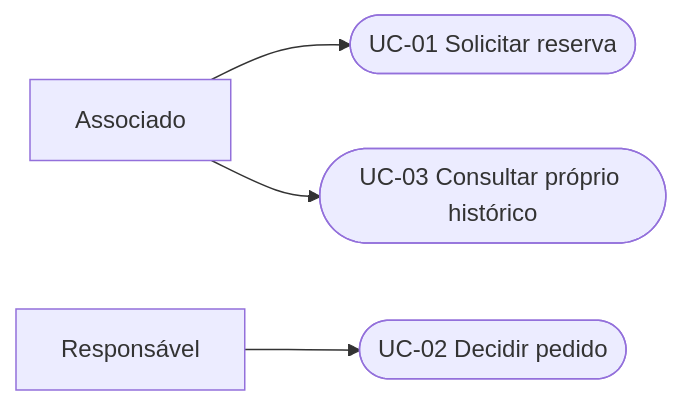
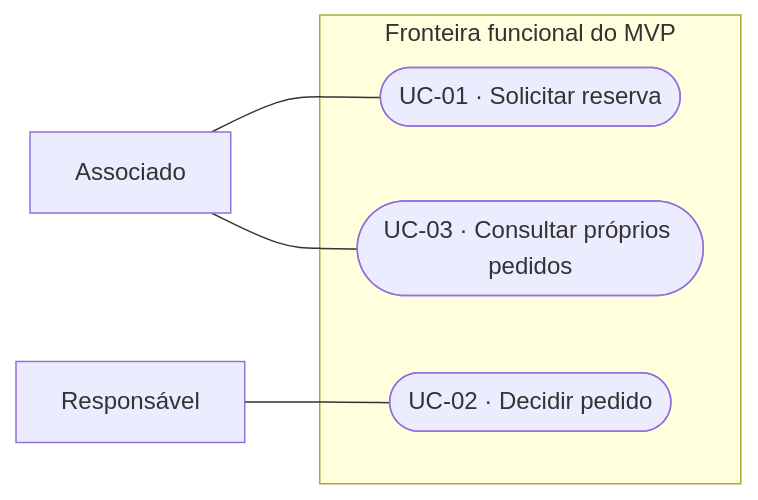
Before and after one commit to PHnsilva/base-de-projetos: the fourth of 10 diagrams in exemplos/reservas-de-recursos/diagramas.md, drawn with Mermaid. The commit also changed other lines of this file and 39 other files, not shown here.

````diff
--- a/exemplos/reservas-de-recursos/diagramas.md
+++ b/exemplos/reservas-de-recursos/diagramas.md
@@ -41,6 +83,13 @@
 ```mermaid
 flowchart LR
-    A[Associado] --> U1([UC-01 Solicitar reserva])
-    A --> U3([UC-03 Consultar próprio histórico])
-    R[Responsável] --> U2([UC-02 Decidir pedido])
+    A["Associado"]
+    R["Responsável"]
+    subgraph S["Fronteira funcional do MVP"]
+        U1(["UC-01 · Solicitar reserva"])
+        U2(["UC-02 · Decidir pedido"])
+        U3(["UC-03 · Consultar próprios pedidos"])
+    end
+    A --- U1
+    A --- U3
+    R --- U2
 ```
````
